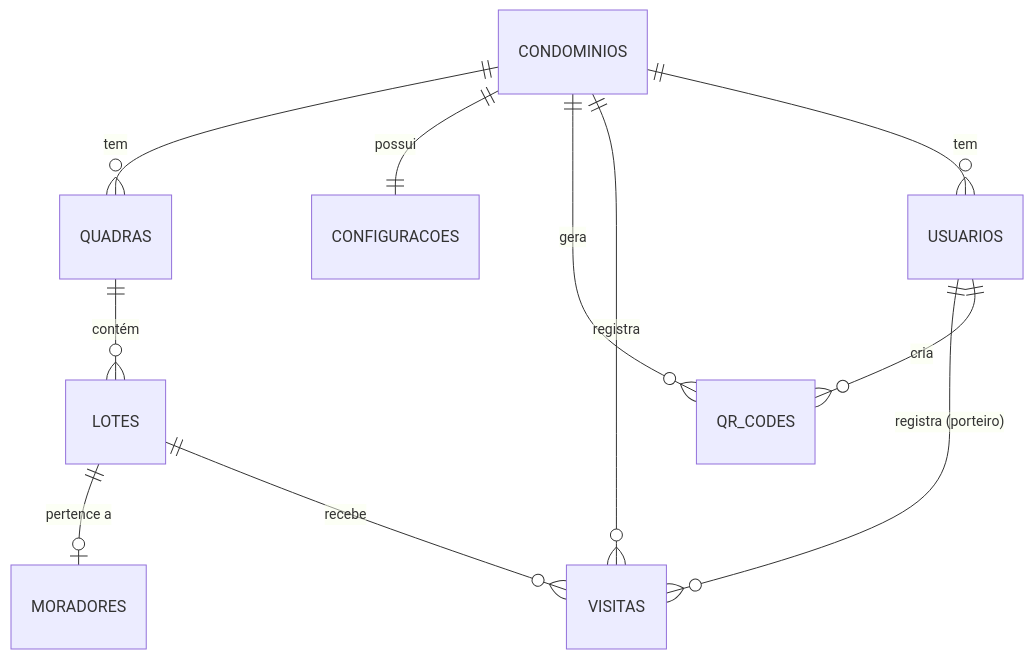
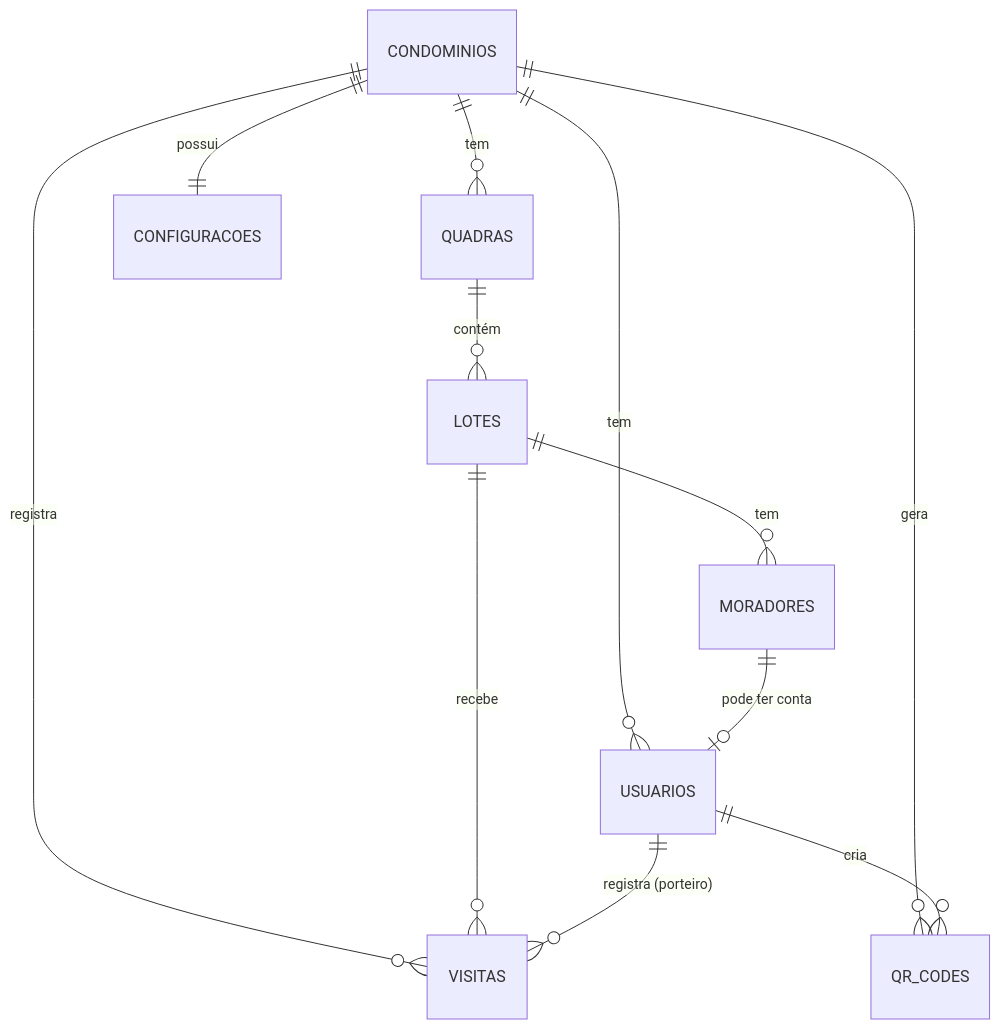
One commit to Jackson-Ramos/SERMIL-MAPS-web-application changed the diagram in database_schema.md. Above: the diagram before and after it, drawn with Mermaid. The commit also changed other lines of this file and 34 other files, not shown here.

````diff
--- a/database_schema.md
+++ b/database_schema.md
@@ -9,16 +9,18 @@
 ```mermaid
 erDiagram
     CONDOMINIOS ||--o{ QUADRAS : "tem"
     CONDOMINIOS ||--|| CONFIGURACOES : "possui"
     CONDOMINIOS ||--o{ QR_CODES : "gera"
     CONDOMINIOS ||--o{ VISITAS : "registra"
     CONDOMINIOS ||--o{ USUARIOS : "tem"
 
     QUADRAS ||--o{ LOTES : "contém"
 
-    LOTES ||--o| MORADORES : "pertence a"
+    LOTES ||--o{ MORADORES : "tem"
     LOTES ||--o{ VISITAS : "recebe"
+
+    MORADORES ||--o| USUARIOS : "pode ter conta"
 
     USUARIOS ||--o{ VISITAS : "registra (porteiro)"
     USUARIOS ||--o{ QR_CODES : "cria"
 ```
````
